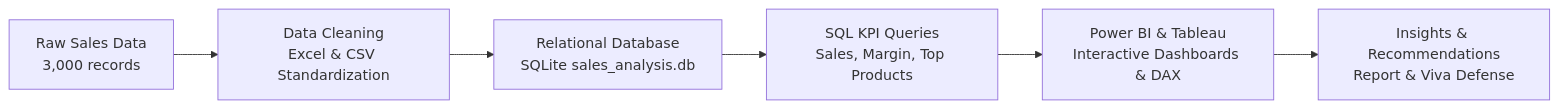
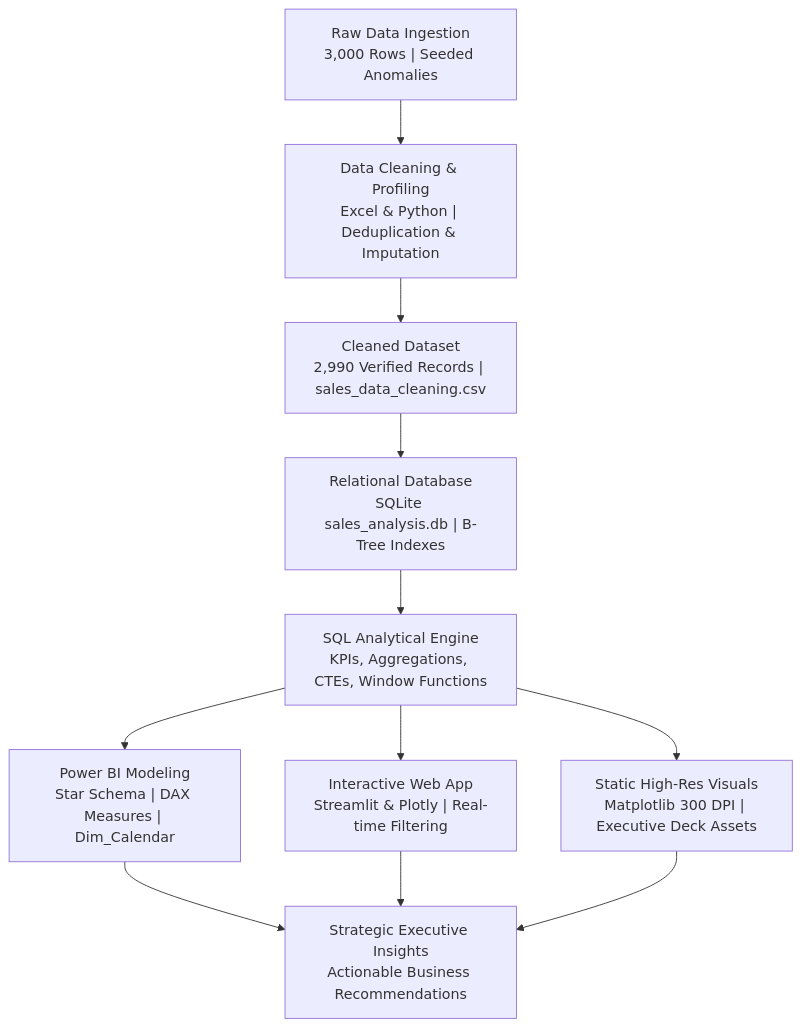
The diagram in README.md (Gourav5099/Sales-dashboard), drawn with Mermaid before and after one commit. The commit also changed other lines of this file, not shown here.

Commit message:
Update README with Senior Data Analyst executive documentation

````diff
--- a/README.md
+++ b/README.md
@@ -125,8 +46,13 @@
 ```mermaid
-flowchart LR
-    A[Raw Sales Data\n3,000 records] --> B[Data Cleaning\nExcel & CSV Standardization]
-    B --> C[Relational Database\nSQLite sales_analysis.db]
-    C --> D[SQL KPI Queries\nSales, Margin, Top Products]
-    D --> E[Power BI & Tableau\nInteractive Dashboards & DAX]
-    E --> F[Insights & Recommendations\nReport & Viva Defense]
+flowchart TD
+    A["Raw Data Ingestion\n3,000 Rows | Seeded Anomalies"] --> B["Data Cleaning & Profiling\nExcel & Python | Deduplication & Imputation"]
+    B --> C["Cleaned Dataset\n2,990 Verified Records | sales_data_cleaning.csv"]
+    C --> D["Relational Database\nSQLite sales_analysis.db | B-Tree Indexes"]
+    D --> E["SQL Analytical Engine\nKPIs, Aggregations, CTEs, Window Functions"]
+    E --> F["Power BI Modeling\nStar Schema | DAX Measures | Dim_Calendar"]
+    E --> G["Interactive Web App\nStreamlit & Plotly | Real-time Filtering"]
+    E --> H["Static High-Res Visuals\nMatplotlib 300 DPI | Executive Deck Assets"]
+    F --> I["Strategic Executive Insights\nActionable Business Recommendations"]
+    G --> I
+    H --> I
 ```
````
